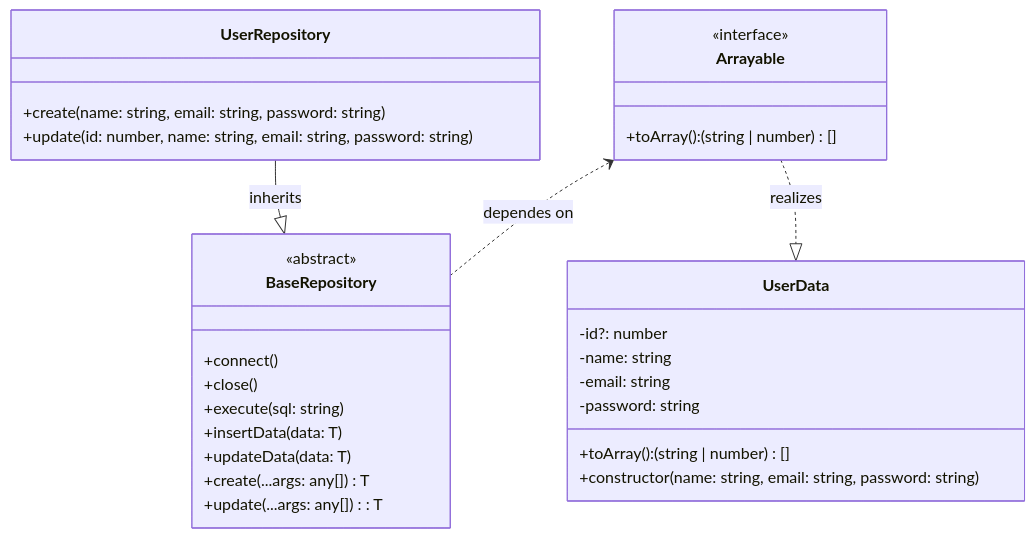
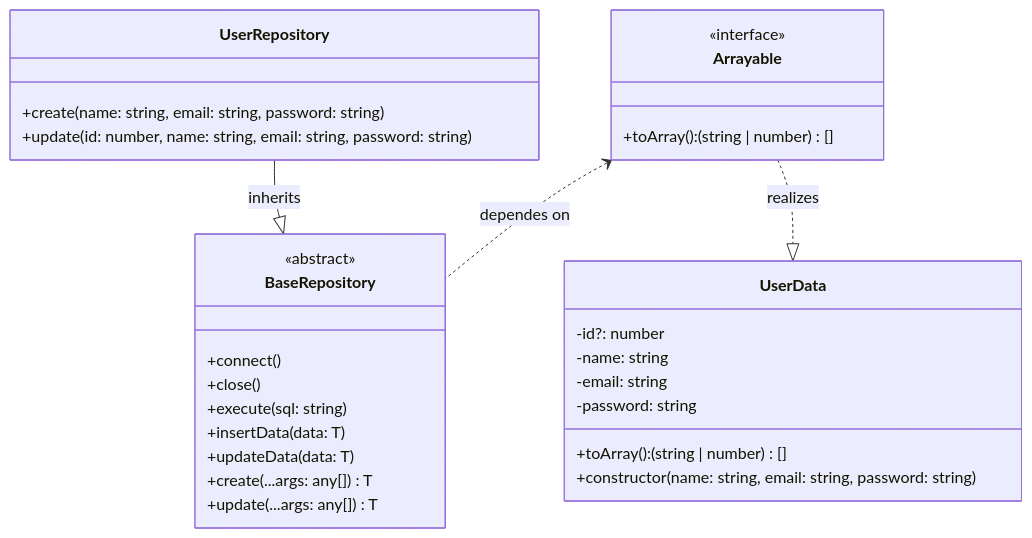
Before and after one commit to nominalrune/wiki_project: the first of 2 diagrams in TypeScript/md.md, drawn with Mermaid.

````diff
--- a/TypeScript/md.md
+++ b/TypeScript/md.md
@@ -4,33 +4,33 @@
 ```mermaid
 classDiagram
     class BaseRepository {
         <<abstract>>
         <<T>>
         +connect()
         +close()
         +execute(sql: string)
         +insertData(data: T)
         +updateData(data: T)
         +create(...args: any[]) T
-        +update(...args: any[]): T
+        +update(...args: any[]) T
     }
     class UserRepository {
         +create(name: string, email: string, password: string)
         +update(id: number, name: string, email: string, password: string)
     }
     class UserData {
         -id?: number
         -name: string
         -email: string
         -password: string
         +toArray(): (string | number)[]
         +constructor(name: string, email: string, password: string)
     }
     class Arrayable {
         <<interface>>
           +toArray(): (string | number)[]
     }
     UserRepository --|> BaseRepository :inherits
     Arrayable <.. BaseRepository :dependes on
     Arrayable ..|> UserData :realizes
 ```
````
